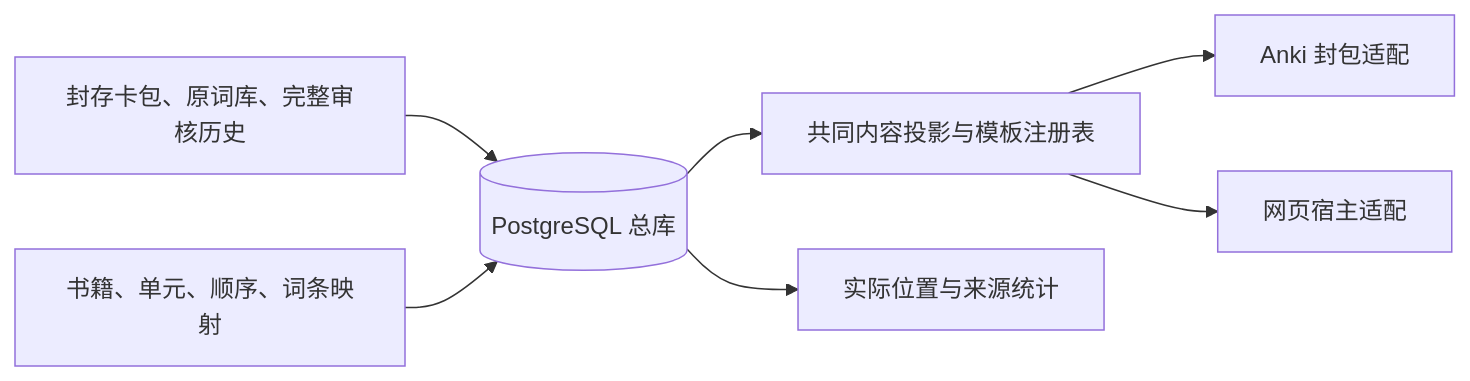
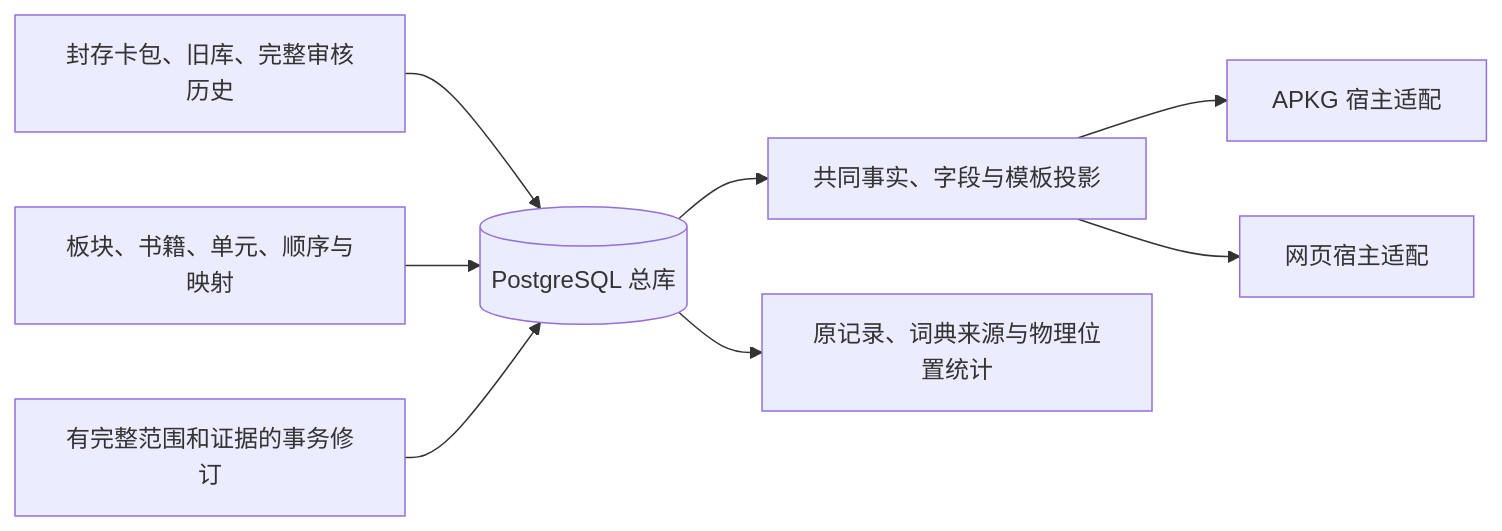
The diagram in docs/UNIFIED_STUDY_DATABASE.md (CHNragdoll/anki-pipeline), drawn with Mermaid before and after one commit. The commit also changed other lines of this file and 53 other files, not shown here.

````diff
--- a/docs/UNIFIED_STUDY_DATABASE.md
+++ b/docs/UNIFIED_STUDY_DATABASE.md
@@ -9,9 +12,10 @@
 ```mermaid
 flowchart LR
-  Inputs[封存卡包、原词库、完整审核历史] --> PG[(PostgreSQL 总库)]
-  Map[书籍、单元、顺序、词条映射] --> PG
-  PG --> Projection[共同内容投影与模板注册表]
-  Projection --> APKG[Anki 封包适配]
-  Projection --> Web[网页宿主适配]
-  PG --> Facts[实际位置与来源统计]
+  Sources[封存卡包、旧库、完整审核历史] --> PG[(PostgreSQL 总库)]
+  Mapping[板块、书籍、单元、顺序与映射] --> PG
+  Review[有完整范围和证据的事务修订] --> PG
+  PG --> View[共同事实、字段与模板投影]
+  View --> Anki[APKG 宿主适配]
+  View --> Web[网页宿主适配]
+  PG --> Queries[原记录、词典来源与物理位置统计]
 ```
````
